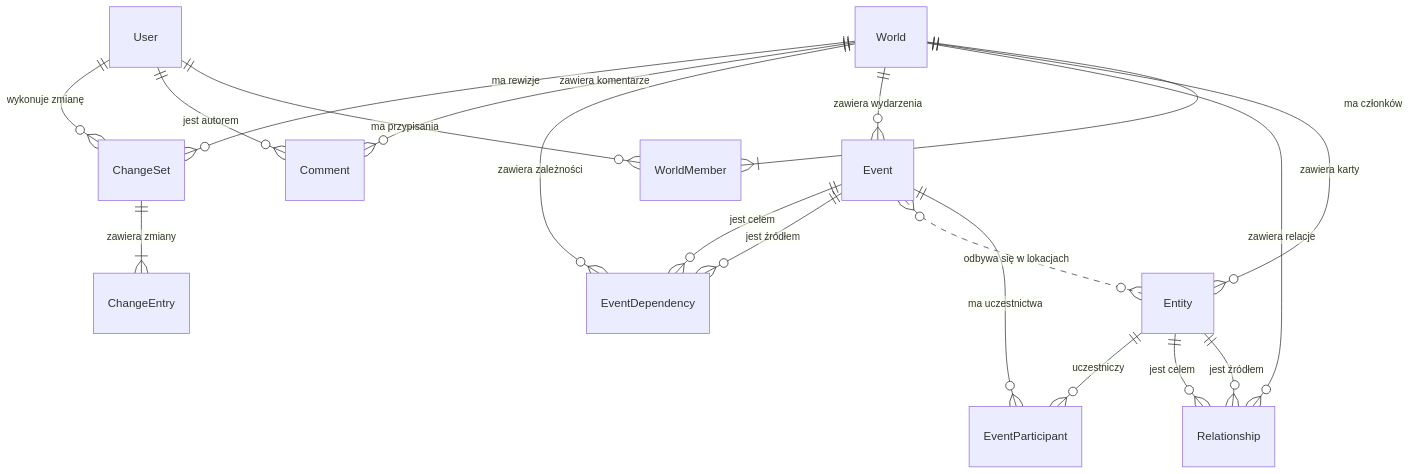
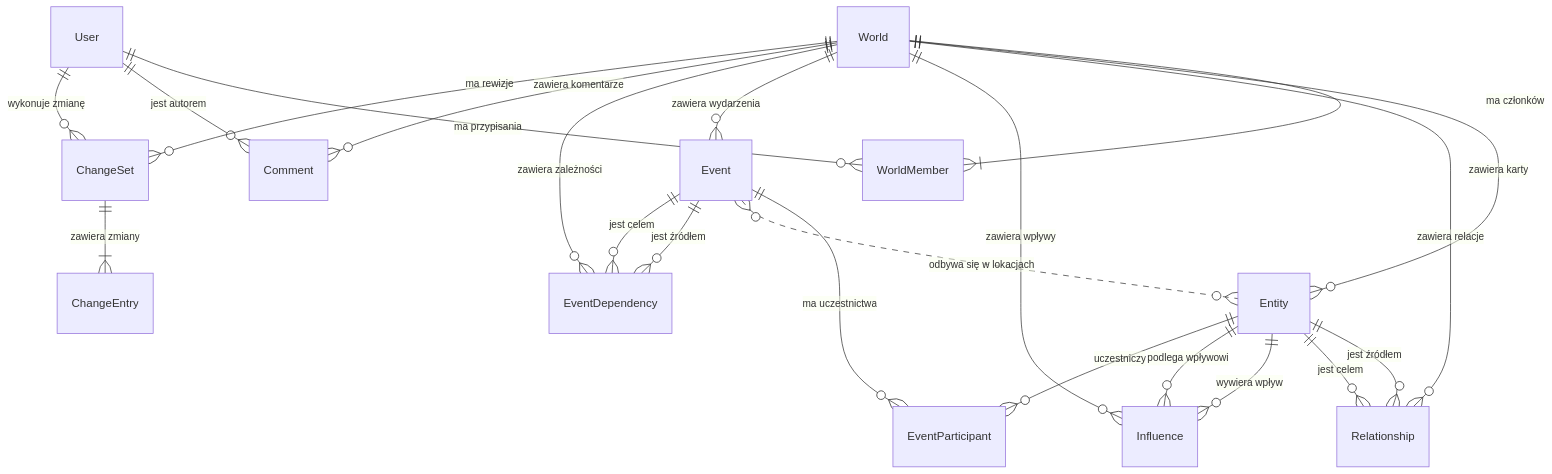
One commit to PaurXen/WorldGraph changed the diagram in ARCHITECTURE.md. Above: the diagram before and after it, drawn with Mermaid. The commit also changed other lines of this file and 4 other files, not shown here.

````diff
--- a/ARCHITECTURE.md
+++ b/ARCHITECTURE.md
@@ -54,21 +55,24 @@
 ```mermaid
 erDiagram
     User ||--o{ WorldMember : "ma przypisania"
     World ||--|{ WorldMember : "ma członków"
     World ||--o{ Entity : "zawiera karty"
     World ||--o{ Relationship : "zawiera relacje"
     Entity ||--o{ Relationship : "jest źródłem"
     Entity ||--o{ Relationship : "jest celem"
+    World ||--o{ Influence : "zawiera wpływy"
+    Entity ||--o{ Influence : "wywiera wpływ"
+    Entity ||--o{ Influence : "podlega wpływowi"
     World ||--o{ Event : "zawiera wydarzenia"
     Event ||--o{ EventParticipant : "ma uczestnictwa"
     Entity ||--o{ EventParticipant : "uczestniczy"
     Event }o..o{ Entity : "odbywa się w lokacjach"
     World ||--o{ EventDependency : "zawiera zależności"
     Event ||--o{ EventDependency : "jest źródłem"
     Event ||--o{ EventDependency : "jest celem"
     World ||--o{ Comment : "zawiera komentarze"
     User ||--o{ Comment : "jest autorem"
     World ||--o{ ChangeSet : "ma rewizje"
     User ||--o{ ChangeSet : "wykonuje zmianę"
     ChangeSet ||--|{ ChangeEntry : "zawiera zmiany"
 ```
````
